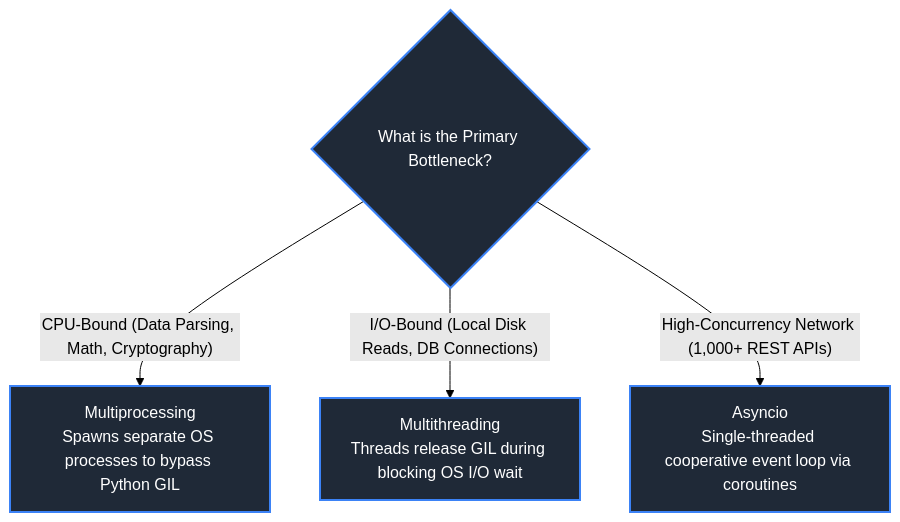
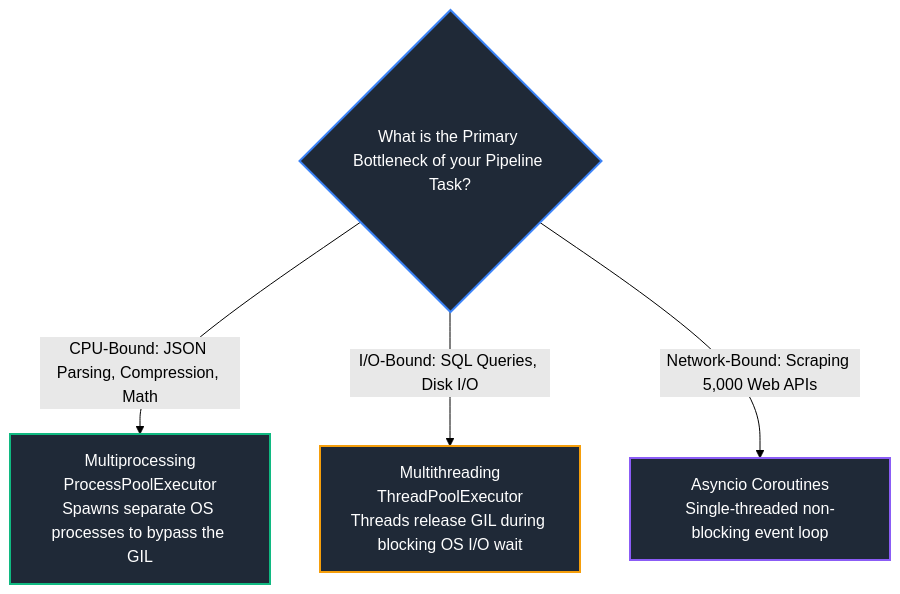
Before and after one commit to joydeep-biswas/Interview-Preparation: the ninth of 9 diagrams in Data Engineering/03_python_for_data_engineering.md, drawn with Mermaid (forest theme). The commit also changed other lines of this file and 143 other files, not shown here.

````diff
--- a/Data Engineering/03_python_for_data_engineering.md
+++ b/Data Engineering/03_python_for_data_engineering.md
@@ -787,13 +829,13 @@
 ```mermaid
 flowchart TD
-    TaskType{"What is the Primary Bottleneck?"}
+    Bottleneck{"What is the Primary Bottleneck of your Pipeline Task?"}
     
-    TaskType -- CPU-Bound (Data Parsing, Math, Cryptography) --> MP["Multiprocessing<br/>Spawns separate OS processes to bypass Python GIL"]
-    TaskType -- I/O-Bound (Local Disk Reads, DB Connections) --> MT["Multithreading<br/>Threads release GIL during blocking OS I/O wait"]
-    TaskType -- High-Concurrency Network (1,000+ REST APIs) --> AS["Asyncio<br/>Single-threaded cooperative event loop via coroutines"]
+    Bottleneck -- CPU-Bound: JSON Parsing, Compression, Math --> MP["Multiprocessing<br/>ProcessPoolExecutor<br/>Spawns separate OS processes to bypass the GIL"]
+    Bottleneck -- I/O-Bound: SQL Queries, Disk I/O --> TP["Multithreading<br/>ThreadPoolExecutor<br/>Threads release GIL during blocking OS I/O wait"]
+    Bottleneck -- Network-Bound: Scraping 5,000 Web APIs --> AS["Asyncio Coroutines<br/>Single-threaded non-blocking event loop"]
 
-    style TaskType fill:#1f2937,stroke:#3b82f6,stroke-width:2px,color:#fff
-    style MP fill:#1f2937,stroke:#3b82f6,stroke-width:2px,color:#fff
-    style MT fill:#1f2937,stroke:#3b82f6,stroke-width:2px,color:#fff
-    style AS fill:#1f2937,stroke:#3b82f6,stroke-width:2px,color:#fff
+    style Bottleneck fill:#1f2937,stroke:#3b82f6,stroke-width:2px,color:#fff
+    style MP fill:#1f2937,stroke:#10b981,stroke-width:2px,color:#fff
+    style TP fill:#1f2937,stroke:#f59e0b,stroke-width:2px,color:#fff
+    style AS fill:#1f2937,stroke:#8b5cf6,stroke-width:2px,color:#fff
 ```
````
